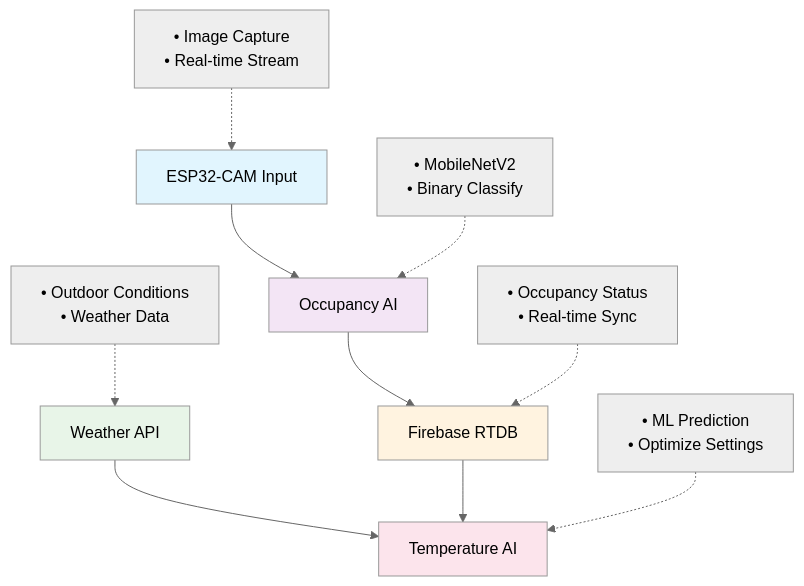
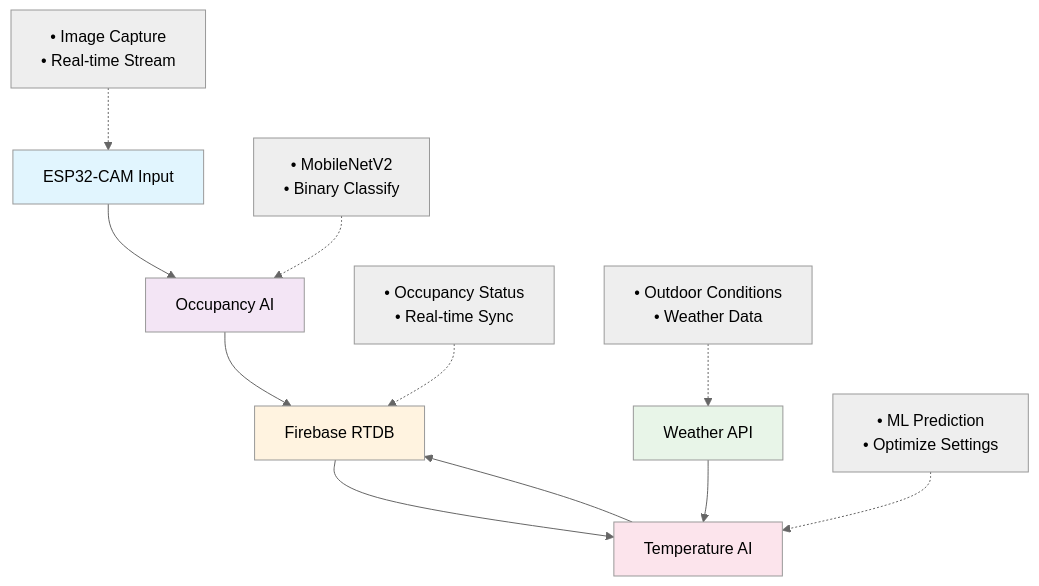
The diagram in ai_models/README.md (SahanUday/Smart-AC-Control-System), drawn with Mermaid (neutral theme) before and after one commit. The commit also changed other lines of this file, not shown here.

````diff
--- a/ai_models/README.md
+++ b/ai_models/README.md
@@ -51,19 +44,20 @@
 ```mermaid
 graph TD
     A[ESP32-CAM Input] --> B[Occupancy AI]
     B --> C[Firebase RTDB]
     D[Weather API] --> E[Temperature AI]
     C --> E
+    E --> C
     
     A1[• Image Capture<br/>• Real-time Stream] -.-> A
     B1[• MobileNetV2<br/>• Binary Classify] -.-> B
     C1[• Occupancy Status<br/>• Real-time Sync] -.-> C
     D1[• Outdoor Conditions<br/>• Weather Data] -.-> D
     E1[• ML Prediction<br/>• Optimize Settings] -.-> E
     
     style A fill:#e1f5fe
     style B fill:#f3e5f5
     style C fill:#fff3e0
     style D fill:#e8f5e8
     style E fill:#fce4ec
 ```
````
